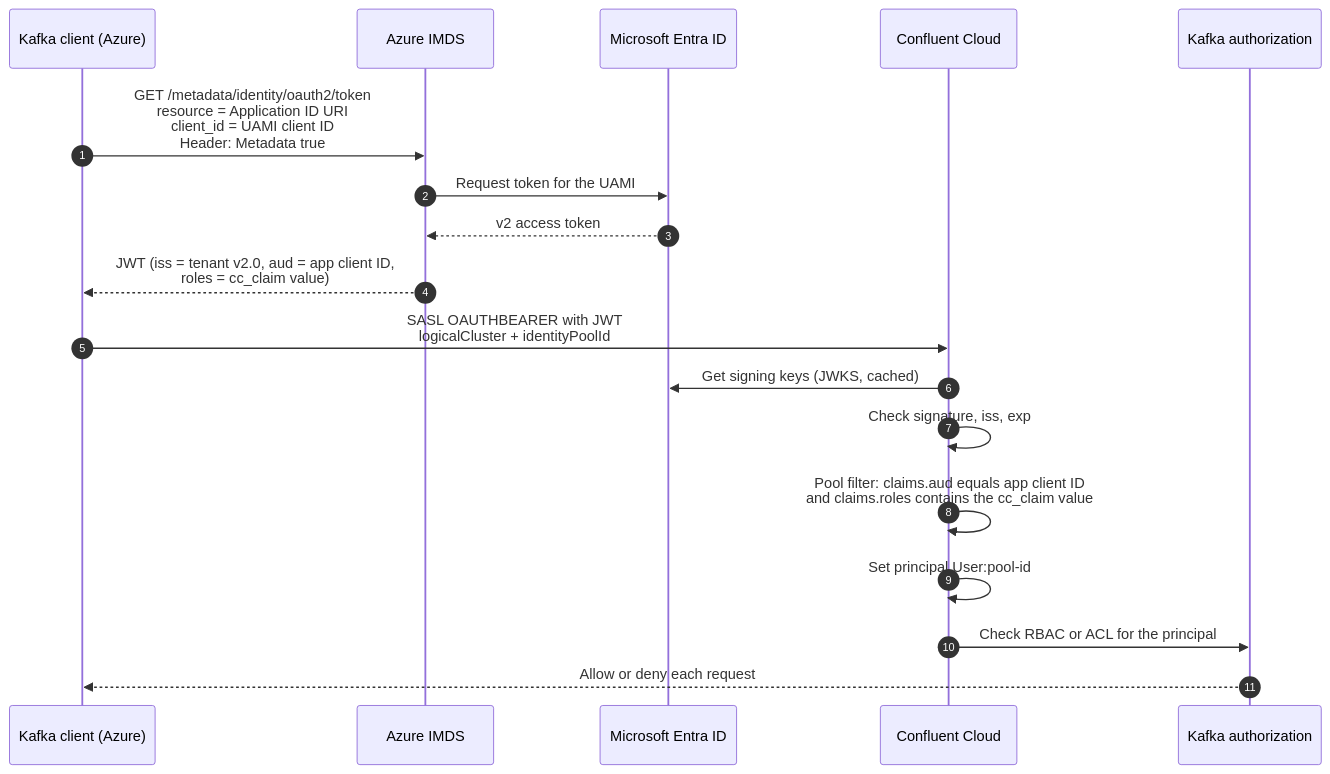
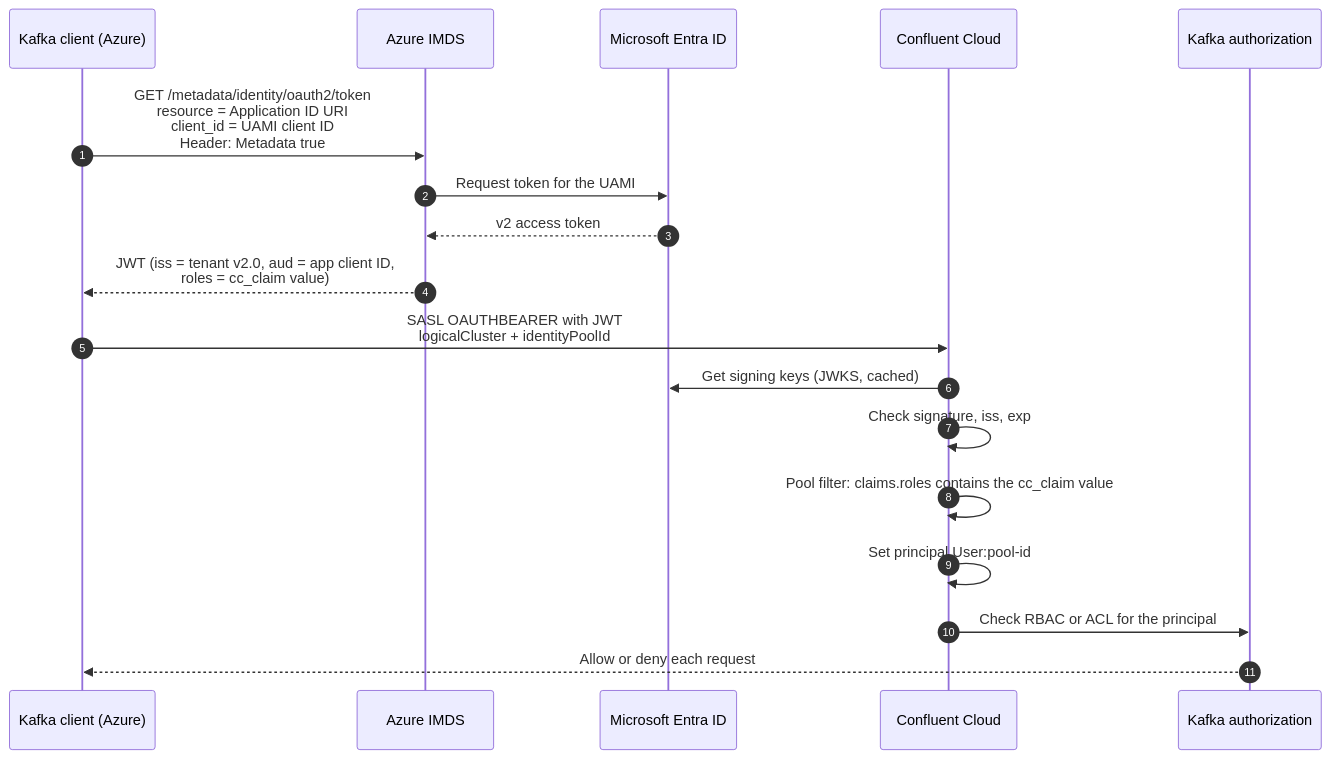
One commit to Schm1tz1/cc-az-uami-tf changed the second of 2 diagrams in README.md. Above: the diagram before and after it, drawn with Mermaid. The commit also changed other lines of this file and 5 other files, not shown here.

Commit message:
Switching aud -> roles for identity pool mapping. Prinipal-scoped AuthZ still possible using sub.

````diff
--- a/README.md
+++ b/README.md
@@ -31,21 +31,21 @@
 ```mermaid
 sequenceDiagram
     autonumber
     participant App as Kafka client (Azure)
     participant IMDS as Azure IMDS
     participant Entra as Microsoft Entra ID
     participant CC as Confluent Cloud
     participant Kafka as Kafka authorization
 
     App->>IMDS: GET /metadata/identity/oauth2/token<br/>resource = Application ID URI<br/>client_id = UAMI client ID<br/>Header: Metadata true
     IMDS->>Entra: Request token for the UAMI
     Entra-->>IMDS: v2 access token
     IMDS-->>App: JWT (iss = tenant v2.0, aud = app client ID,<br/>roles = cc_claim value)
     App->>CC: SASL OAUTHBEARER with JWT<br/>logicalCluster + identityPoolId
     CC->>Entra: Get signing keys (JWKS, cached)
     CC->>CC: Check signature, iss, exp
-    CC->>CC: Pool filter: claims.aud equals app client ID<br/>and claims.roles contains the cc_claim value
+    CC->>CC: Pool filter: claims.roles contains the cc_claim value
     CC->>CC: Set principal User:pool-id
     CC->>Kafka: Check RBAC or ACL for the principal
     Kafka-->>App: Allow or deny each request
 ```
````
